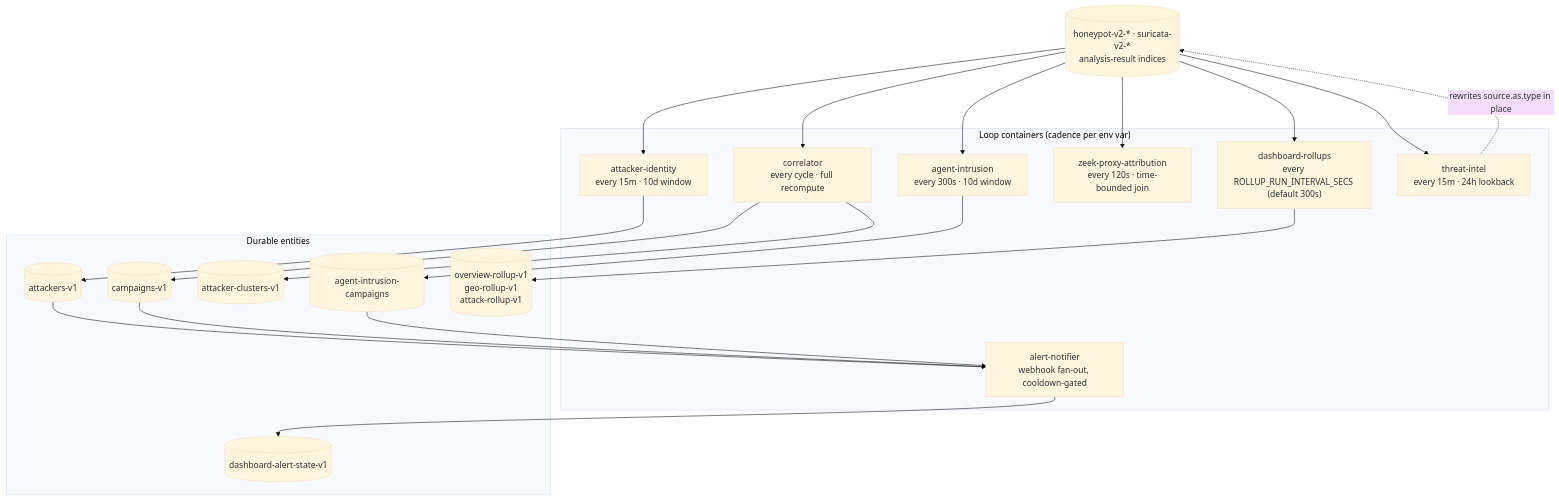
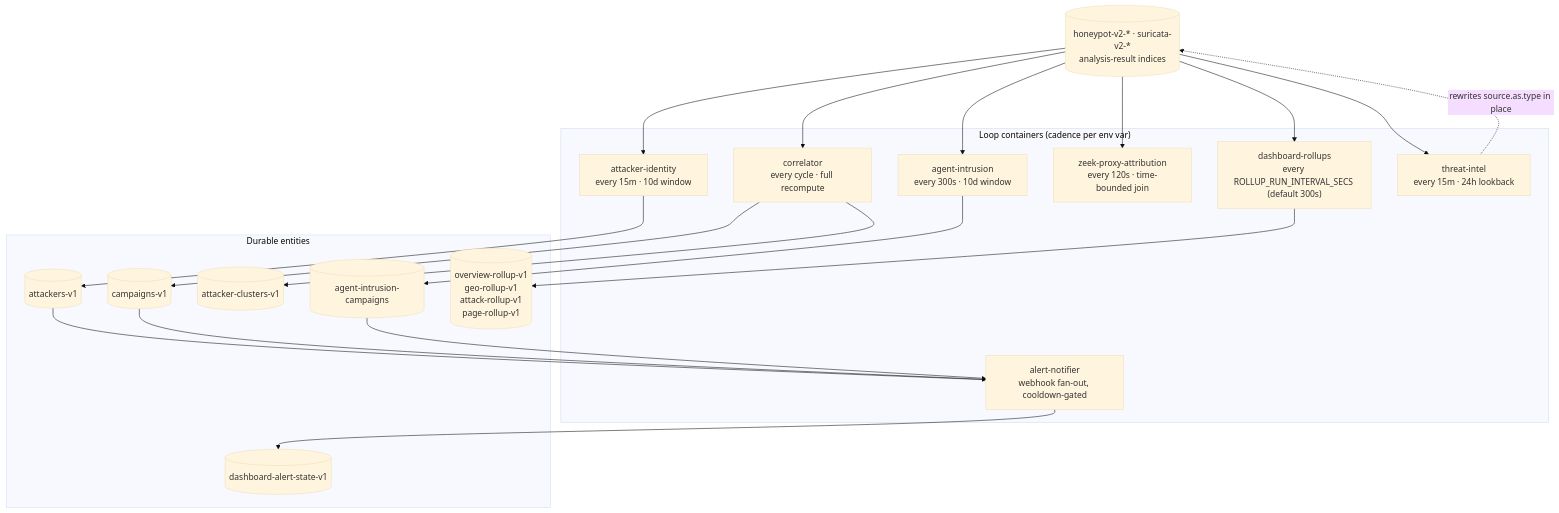
One commit to Xore-Inc/APIARY changed the second of 3 diagrams in docs/PIPELINES.md. Above: the diagram before and after it, drawn with Mermaid (base theme). The commit also changed other lines of this file and 6 other files, not shown here.

````diff
--- a/docs/PIPELINES.md
+++ b/docs/PIPELINES.md
@@ -193,32 +193,32 @@
 ```mermaid
 flowchart TB
   raw[("honeypot-v2-* · suricata-v2-*<br/>analysis-result indices")]
 
   subgraph loops["Loop containers (cadence per env var)"]
     ident["attacker-identity<br/>every 15m · 10d window"]
     corr["correlator<br/>every cycle · full recompute"]
     intr["agent-intrusion<br/>every 300s · 10d window"]
     zpa["zeek-proxy-attribution<br/>every 120s · time-bounded join"]
     alert["alert-notifier<br/>webhook fan-out, cooldown-gated"]
     roll["dashboard-rollups<br/>every ROLLUP_RUN_INTERVAL_SECS (default 300s)"]
     tint["threat-intel<br/>every 15m · 24h lookback"]
   end
 
   subgraph out["Durable entities"]
     atk[("attackers-v1")]
     cmp[("campaigns-v1")]
     clu[("attacker-clusters-v1")]
     aic[("agent-intrusion-campaigns")]
     st[("dashboard-alert-state-v1")]
-    rll[("overview-rollup-v1<br/>geo-rollup-v1<br/>attack-rollup-v1")]
+    rll[("overview-rollup-v1<br/>geo-rollup-v1<br/>attack-rollup-v1<br/>page-rollup-v1")]
   end
 
   raw --> ident --> atk
   raw --> corr --> cmp & clu
   raw --> intr --> aic
   raw --> zpa
   atk & cmp & aic --> alert --> st
   raw --> roll --> rll
   raw --> tint
   tint -.->|"rewrites source.as.type in place"| raw
 ```
````
